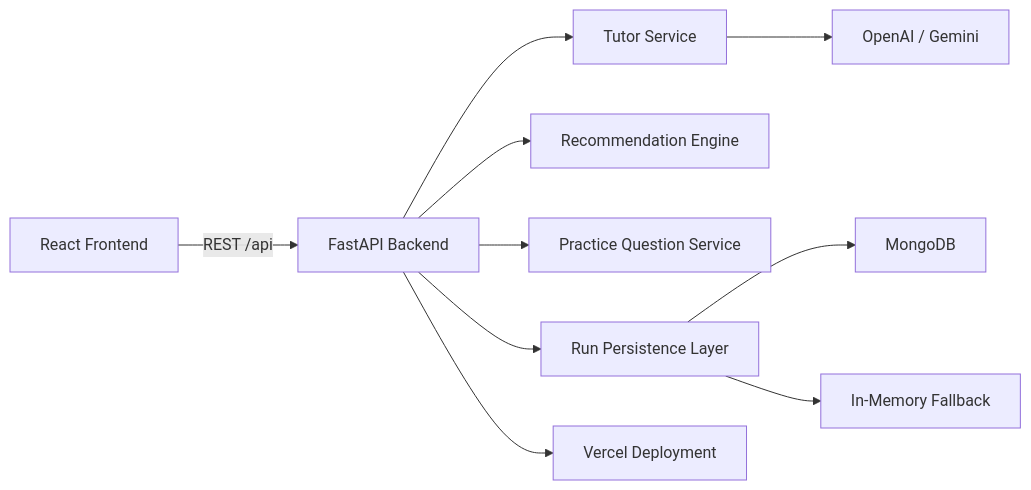
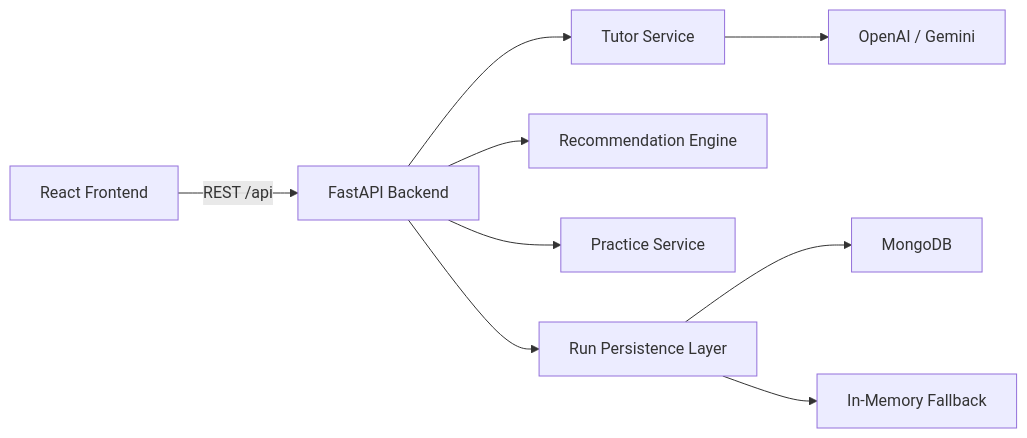
Before and after one commit to nikhil22321/DSA-visualizer: the diagram in README.md, drawn with Mermaid. The commit also changed other lines of this file and 1 other file, not shown here.

````diff
--- a/README.md
+++ b/README.md
@@ -119,12 +105,11 @@
 ```mermaid
 flowchart LR
   A["React Frontend"] -->|"REST /api"| B["FastAPI Backend"]
   B --> C["Tutor Service"]
   B --> D["Recommendation Engine"]
-  B --> E["Practice Question Service"]
+  B --> E["Practice Service"]
   B --> F["Run Persistence Layer"]
   F --> G["MongoDB"]
   F --> H["In-Memory Fallback"]
   C --> I["OpenAI / Gemini"]
-  B --> J["Vercel Deployment"]
 ```
````
